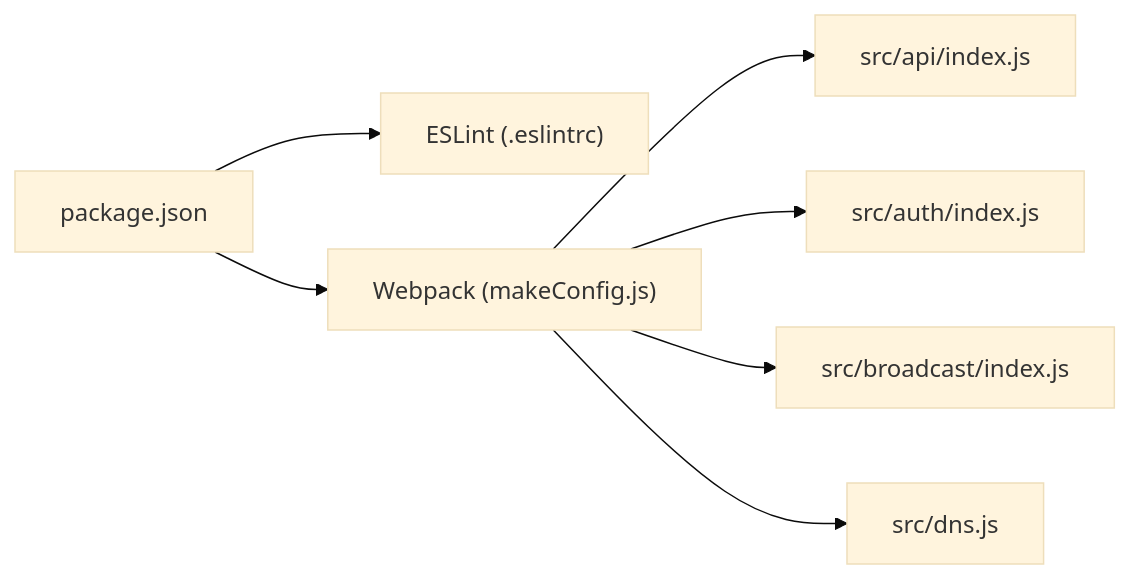
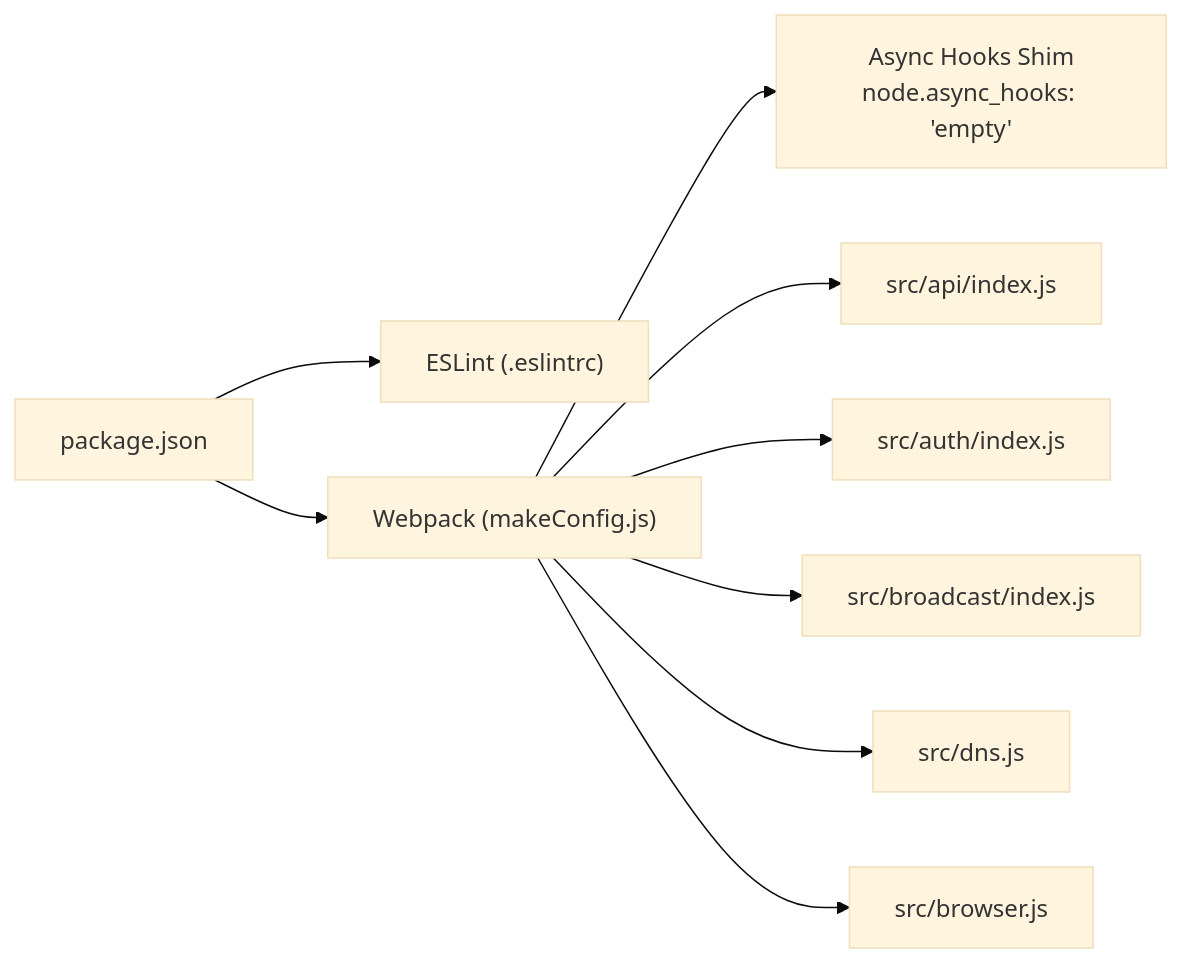
Before and after one commit to VIZ-Blockchain/viz-js-lib: the eighth of 8 diagrams in .qoder/repowiki/en/content/Testing & Development.md, drawn with Mermaid (base theme). The commit also changed other lines of this file and 2 other files, not shown here.

First line of the commit message:
docs(testing): enhance testing docs with async_hooks shim for browser compatibility

````diff
--- a/.qoder/repowiki/en/content/Testing & Development.md
+++ b/.qoder/repowiki/en/content/Testing & Development.md
@@ -402,16 +425,20 @@
 ```mermaid
 graph LR
 PKG["package.json"]
 ESL["ESLint (.eslintrc)"]
 WEB["Webpack (makeConfig.js)"]
+ASYNC_HOOKS["Async Hooks Shim<br/>node.async_hooks: 'empty'"]
 API["src/api/index.js"]
 AUTH["src/auth/index.js"]
 BROAD["src/broadcast/index.js"]
 DNS["src/dns.js"]
+BROWSER["src/browser.js"]
 PKG --> ESL
 PKG --> WEB
+WEB --> ASYNC_HOOKS
 WEB --> API
 WEB --> AUTH
 WEB --> BROAD
 WEB --> DNS
+WEB --> BROWSER
 ```
````
